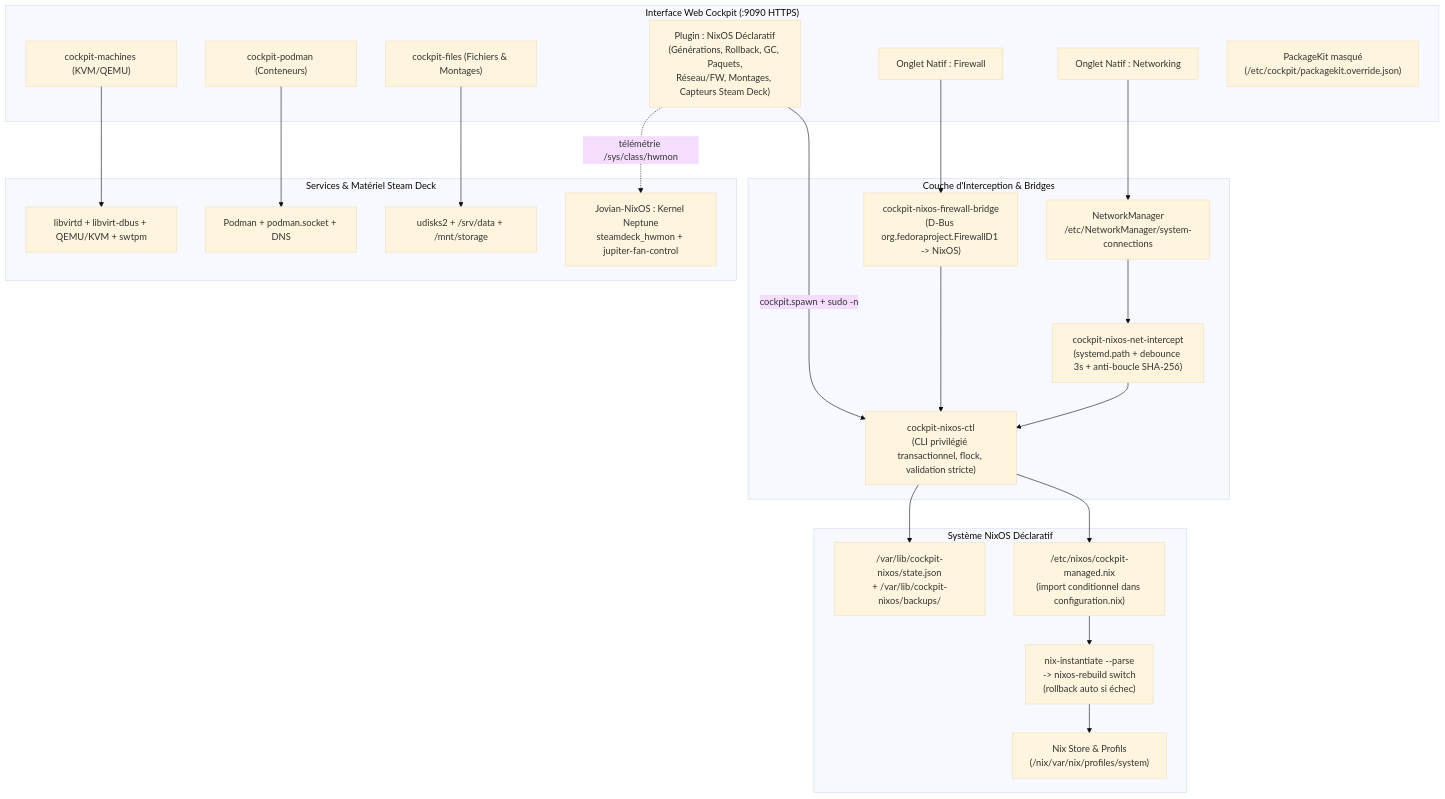
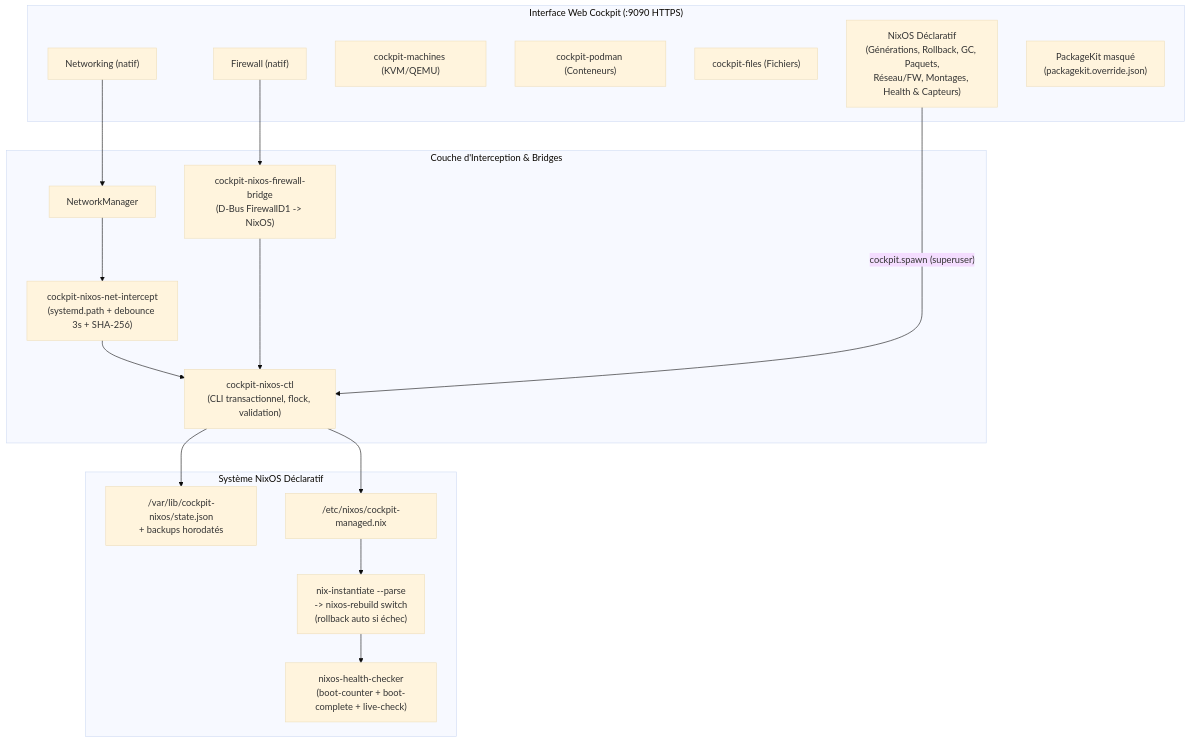
Before and after one commit to benjamin7490/nixos-steamdeck-cockpit: the diagram in README.md, drawn with Mermaid (base theme). The commit also changed other lines of this file and 1 other file, not shown here.

````diff
--- a/README.md
+++ b/README.md
@@ -9,43 +148,32 @@
 ```mermaid
 flowchart TB
   subgraph UI["Interface Web Cockpit (:9090 HTTPS)"]
-    P1["Onglet Natif : Networking"]
-    P2["Onglet Natif : Firewall"]
+    P1["Networking (natif)"]
+    P2["Firewall (natif)"]
     P3["cockpit-machines (KVM/QEMU)"]
     P4["cockpit-podman (Conteneurs)"]
-    P5["cockpit-files (Fichiers & Montages)"]
-    P6["Plugin : NixOS Déclaratif\n(Générations, Rollback, GC, Paquets,\nRéseau/FW, Montages, Capteurs Steam Deck)"]
-    PK["PackageKit masqué\n(/etc/cockpit/packagekit.override.json)"]
+    P5["cockpit-files (Fichiers)"]
+    P6["NixOS Déclaratif\n(Générations, Rollback, GC, Paquets,\nRéseau/FW, Montages, Health & Capteurs)"]
+    PK["PackageKit masqué\n(packagekit.override.json)"]
   end
 
   subgraph INTERCEPT["Couche d'Interception & Bridges"]
-    NM["NetworkManager\n/etc/NetworkManager/system-connections"]
-    NETW["cockpit-nixos-net-intercept\n(systemd.path + debounce 3s + anti-boucle SHA-256)"]
-    FWB["cockpit-nixos-firewall-bridge\n(D-Bus org.fedoraproject.FirewallD1 -> NixOS)"]
-    CTL["cockpit-nixos-ctl\n(CLI privilégié transactionnel, flock, validation stricte)"]
+    NM["NetworkManager"]
+    NETW["cockpit-nixos-net-intercept\n(systemd.path + debounce 3s + SHA-256)"]
+    FWB["cockpit-nixos-firewall-bridge\n(D-Bus FirewallD1 -> NixOS)"]
+    CTL["cockpit-nixos-ctl\n(CLI transactionnel, flock, validation)"]
   end
 
   subgraph NIX["Système NixOS Déclaratif"]
-    STATE["/var/lib/cockpit-nixos/state.json\n+ /var/lib/cockpit-nixos/backups/"]
-    MANAGED["/etc/nixos/cockpit-managed.nix\n(import conditionnel dans configuration.nix)"]
+    STATE["/var/lib/cockpit-nixos/state.json\n+ backups horodatés"]
+    MANAGED["/etc/nixos/cockpit-managed.nix"]
     REBUILD["nix-instantiate --parse\n-> nixos-rebuild switch\n(rollback auto si échec)"]
-    STORE["Nix Store & Profils\n(/nix/var/nix/profiles/system)"]
-  end
-
-  subgraph HW["Services & Matériel Steam Deck"]
-    LIBV["libvirtd + libvirt-dbus + QEMU/KVM + swtpm"]
-    POD["Podman + podman.socket + DNS"]
-    UDISK["udisks2 + /srv/data + /mnt/storage"]
-    SD["Jovian-NixOS : Kernel Neptune\nsteamdeck_hwmon + jupiter-fan-control"]
+    HC["nixos-health-checker\n(boot-counter + boot-complete + live-check)"]
   end
 
   P1 --> NM --> NETW --> CTL
   P2 --> FWB --> CTL
-  P6 -- "cockpit.spawn + sudo -n" --> CTL
+  P6 -- "cockpit.spawn (superuser)" --> CTL
   CTL --> STATE
-  CTL --> MANAGED --> REBUILD --> STORE
-  P3 --> LIBV
-  P4 --> POD
-  P5 --> UDISK
-  P6 -. "télémétrie /sys/class/hwmon" .-> SD
+  CTL --> MANAGED --> REBUILD --> HC
 ```
````
